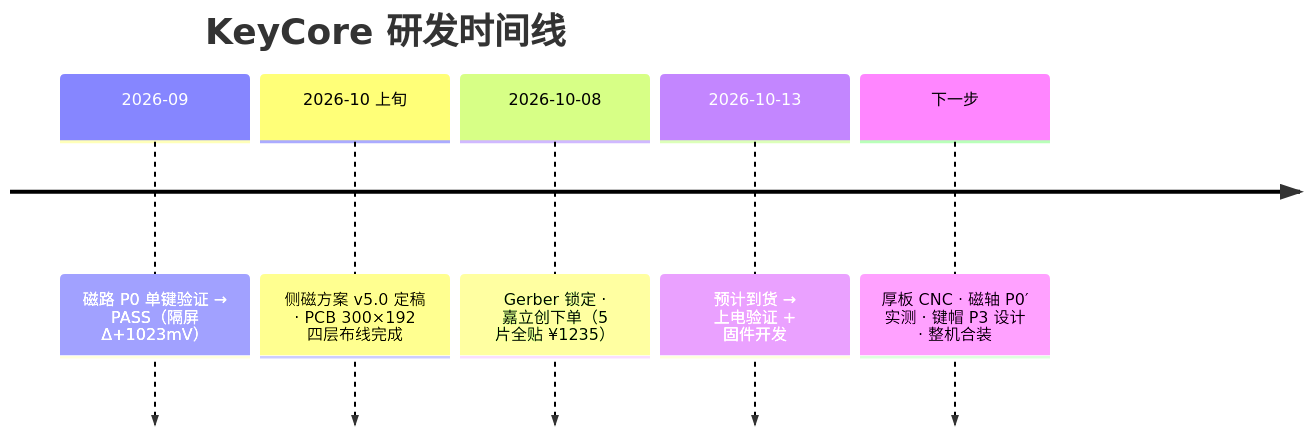
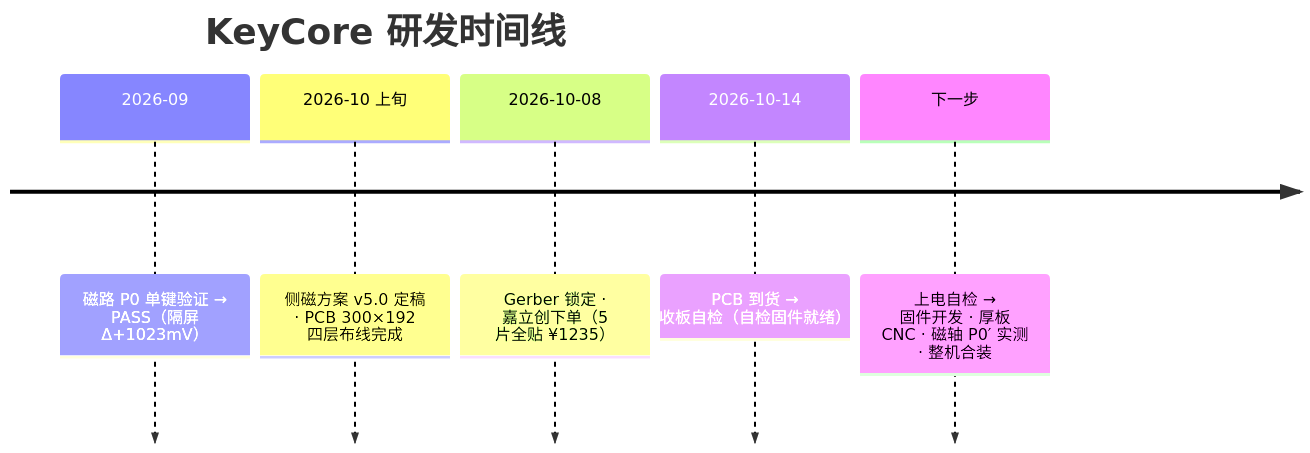
One commit to bty1987/KeyCore changed the diagram in README.md. Above: the diagram before and after it, drawn with Mermaid. The commit also changed other lines of this file and 5 other files, not shown here.

````diff
--- a/README.md
+++ b/README.md
@@ -88,9 +88,9 @@
 ```mermaid
 timeline
     title KeyCore 研发时间线
     2026-09 : 磁路 P0 单键验证 → PASS（隔屏 Δ+1023mV）
     2026-10 上旬 : 侧磁方案 v5.0 定稿 · PCB 300×192 四层布线完成
     2026-10-08 : Gerber 锁定 · 嘉立创下单（5 片全贴 ¥1235）
-    2026-10-13 : 预计到货 → 上电验证 + 固件开发
-    下一步 : 厚板 CNC · 磁轴 P0′ 实测 · 键帽 P3 设计 · 整机合装
+    2026-10-14 : PCB 到货 → 收板自检（自检固件就绪）
+    下一步 : 上电自检 → 固件开发 · 厚板 CNC · 磁轴 P0′ 实测 · 整机合装
 ```
````
